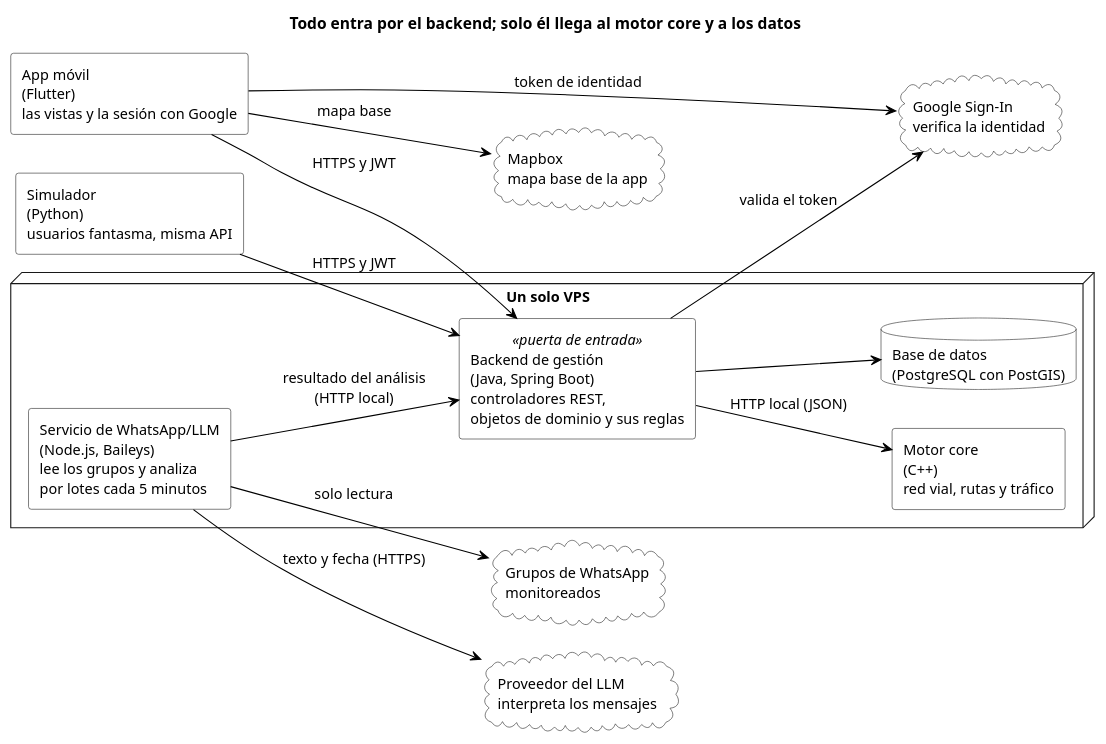
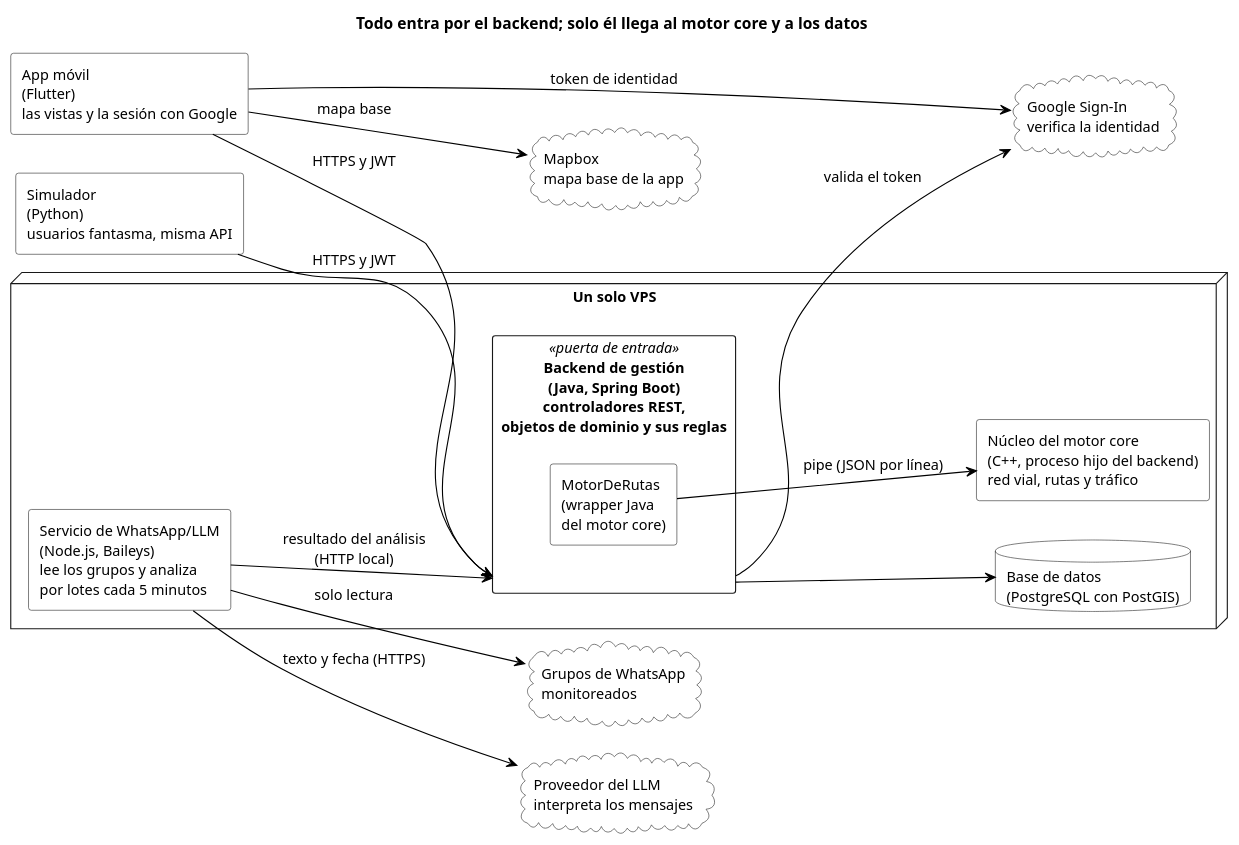
Before and after one commit to uniWASD/ChuroViajeInterno: the diagram in 03_des/02_Arquitectura/diagramas/ARQ-01_Componentes.puml, drawn with PlantUML. The commit also changed 13 other files, not shown here.

First line of the commit message:
docs(arquitectura): motor core con wrapper Java por pipe y decisiones D-15 a D-18 (T-085)

```diff
--- a/03_des/02_Arquitectura/diagramas/ARQ-01_Componentes.puml
+++ b/03_des/02_Arquitectura/diagramas/ARQ-01_Componentes.puml
@@ -1,48 +1,51 @@
 @startuml ARQ-01_Componentes
 ' ARQ-01: Componentes, despliegue y comunicación de ChuroViaje
 ' Fuente: Documento de Arquitectura de Software, sección 3 (06/10/2026)
-' Decisiones: D-03 (el backend es la única puerta de entrada), D-08 (Mapbox solo da el mapa base de la app)
+' Decisiones: D-03 (el backend es la única puerta de entrada), D-08 (Mapbox solo da el mapa base de la app),
+' D-15 (el motor core tiene una cara en Java, el wrapper MotorDeRutas, que habla con el núcleo C++ por pipe)
 
 left to right direction
 skinparam monochrome true
 skinparam shadowing false
 skinparam backgroundColor transparent
 skinparam defaultFontName Arial
 skinparam defaultFontSize 13
 skinparam defaultFontColor black
 skinparam ArrowColor black
 skinparam componentStyle rectangle
 skinparam componentBackgroundColor white
 skinparam nodeBackgroundColor white
 skinparam databaseBackgroundColor white
 skinparam cloudBackgroundColor white
 
 title Todo entra por el backend; solo él llega al motor core y a los datos
 
 component "Simulador\n(Python)\nusuarios fantasma, misma API" as sim
 component "App móvil\n(Flutter)\nlas vistas y la sesión con Google" as app
 
 node "Un solo VPS" {
-  component "Backend de gestión\n(Java, Spring Boot)\ncontroladores REST,\nobjetos de dominio y sus reglas" as backend <<puerta de entrada>>
-  component "Motor core\n(C++)\nred vial, rutas y tráfico" as motor
+  component "Backend de gestión\n(Java, Spring Boot)\ncontroladores REST,\nobjetos de dominio y sus reglas" as backend <<puerta de entrada>> {
+    component "MotorDeRutas\n(wrapper Java\ndel motor core)" as wrapper
+  }
+  component "Núcleo del motor core\n(C++, proceso hijo del backend)\nred vial, rutas y tráfico" as motor
   database "Base de datos\n(PostgreSQL con PostGIS)" as bd
   component "Servicio de WhatsApp/LLM\n(Node.js, Baileys)\nlee los grupos y analiza\npor lotes cada 5 minutos" as wa
 }
 
 cloud "Google Sign-In\nverifica la identidad" as google
 cloud "Mapbox\nmapa base de la app" as mapbox
 cloud "Proveedor del LLM\ninterpreta los mensajes" as llm
 cloud "Grupos de WhatsApp\nmonitoreados" as grupos
 
 sim --> backend : HTTPS y JWT
 app --> backend : HTTPS y JWT
 app --> google : token de identidad
 app --> mapbox : mapa base
 backend --> google : valida el token
-backend --> motor : HTTP local (JSON)
+wrapper --> motor : pipe (JSON por línea)
 backend --> bd
 wa --> backend : resultado del análisis\n(HTTP local)
 wa --> llm : texto y fecha (HTTPS)
 wa --> grupos : solo lectura
 
 @enduml
```
